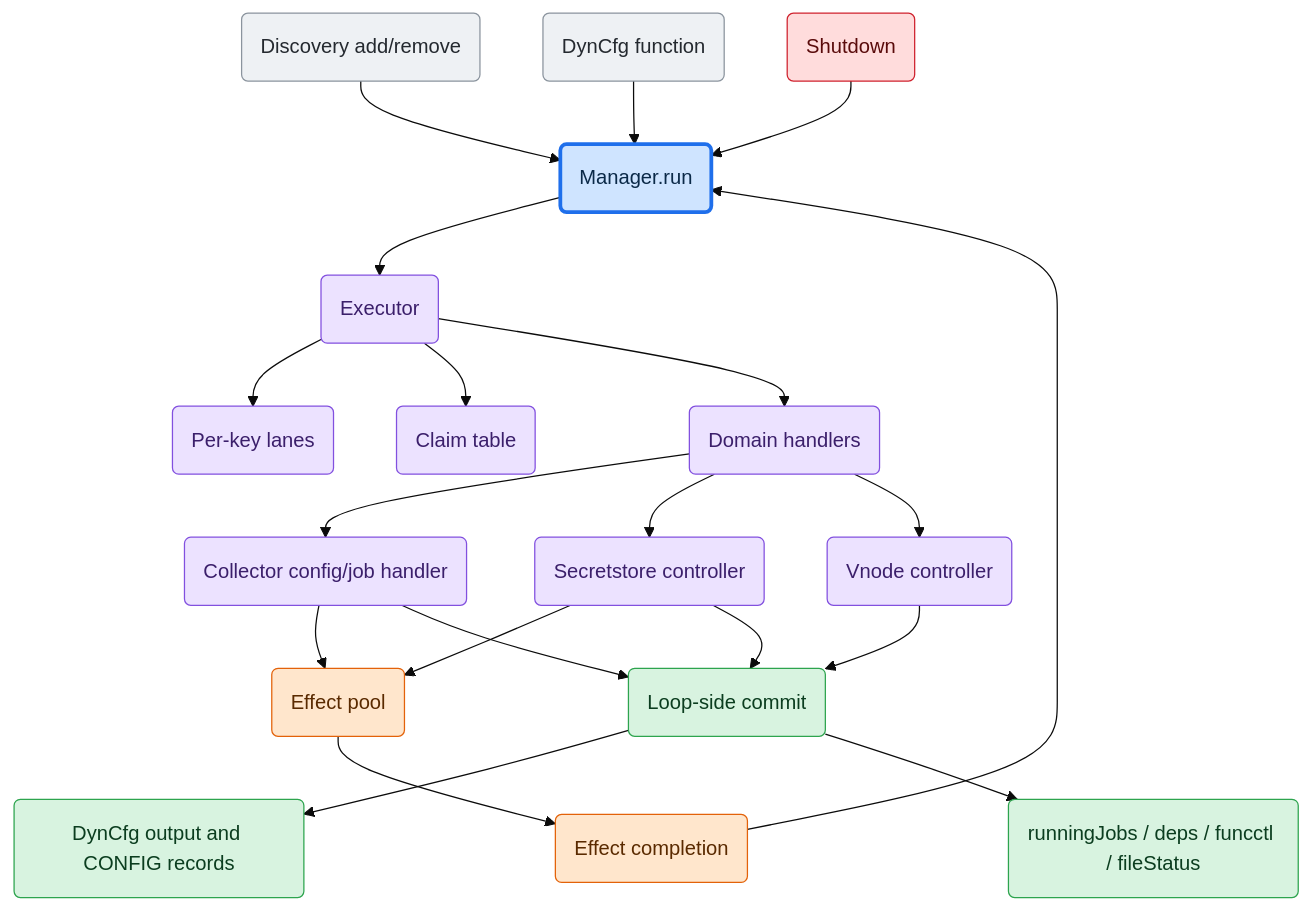
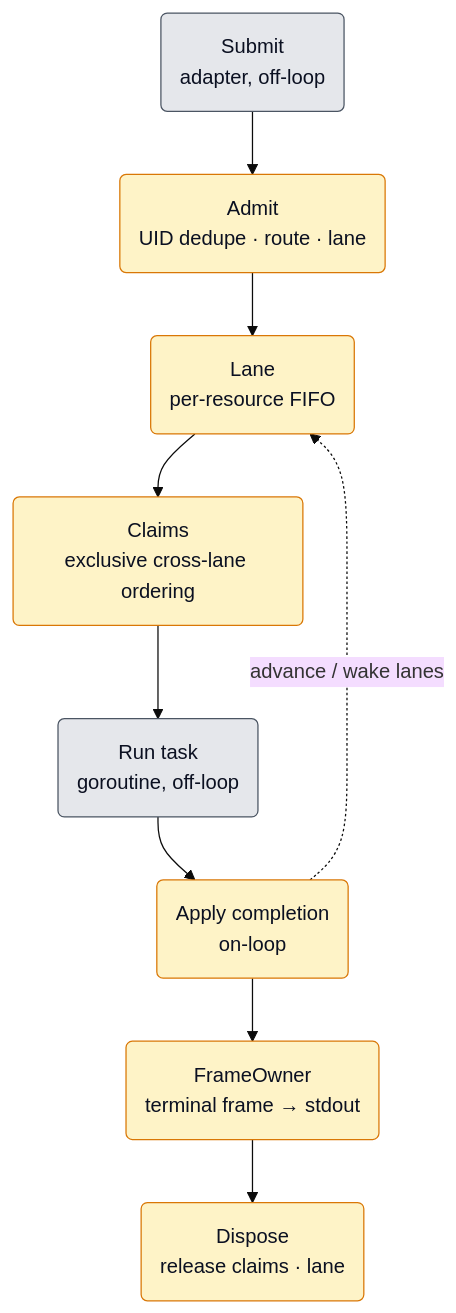
Before and after one commit to netdata/netdata: the third of 6 diagrams in src/go/plugin/agent/jobmgr/ARCHITECTURE.md, drawn with Mermaid (base theme). The commit also changed other lines of this file and 433 other files, not shown here.

````diff
--- a/src/go/plugin/agent/jobmgr/ARCHITECTURE.md
+++ b/src/go/plugin/agent/jobmgr/ARCHITECTURE.md
@@ -99,40 +145,19 @@
 ```mermaid
 flowchart TD
-    discovery("Discovery add/remove") --> loop("Manager.run")
-    dyncfg("DynCfg function") --> loop
-    done("Effect completion") --> loop
-    stop("Shutdown") --> loop
+    Submit("Submit<br/>adapter, off-loop")
+    Admit("Admit<br/>UID dedupe · route · lane")
+    Lane("Lane<br/>per-resource FIFO")
+    Claim("Claims<br/>exclusive cross-lane ordering")
+    Task("Run task<br/>goroutine, off-loop")
+    Complete("Apply completion<br/>on-loop")
+    Frame("FrameOwner<br/>terminal frame → stdout")
+    Dispose("Dispose<br/>release claims · lane")
 
-    loop --> exec("Executor")
-    exec --> lanes("Per-key lanes")
-    exec --> claims("Claim table")
-    exec --> domains("Domain handlers")
+    Submit --> Admit --> Lane --> Claim --> Task --> Complete --> Frame --> Dispose
+    Complete -. "advance / wake lanes" .-> Lane
 
-    domains --> collector("Collector config/job handler")
-    domains --> stores("Secretstore controller")
-    domains --> vnodes("Vnode controller")
-
-    collector --> effects("Effect pool")
-    stores --> effects
-    effects --> done
-
-    collector --> commit("Loop-side commit")
-    stores --> commit
-    vnodes --> commit
-    commit --> wire("DynCfg output and CONFIG records")
-    commit --> jobs("runningJobs / deps / funcctl / fileStatus")
-
-    classDef loop fill:#cfe4ff,stroke:#1f6feb,stroke-width:3px,color:#0b2948;
-    classDef input fill:#eef1f4,stroke:#8b949e,color:#24292f;
-    classDef sched fill:#ece2ff,stroke:#8250df,color:#3b1f6b;
-    classDef effect fill:#ffe6cc,stroke:#e36209,color:#5a2a00;
-    classDef commit fill:#d8f3e0,stroke:#2da44e,color:#0b3d1f;
-    classDef hard fill:#ffdcdc,stroke:#cf222e,color:#5a0b0b;
-
-    class loop loop;
-    class discovery,dyncfg input;
-    class stop hard;
-    class done,effects effect;
-    class exec,lanes,claims,domains,collector,stores,vnodes sched;
-    class commit,wire,jobs commit;
+    classDef offloop fill:#e5e7eb,stroke:#4b5563,color:#0b1021;
+    classDef onloop fill:#fef3c7,stroke:#d97706,color:#0b1021;
+    class Submit,Task offloop;
+    class Admit,Lane,Claim,Complete,Frame,Dispose onloop;
 ```
````
